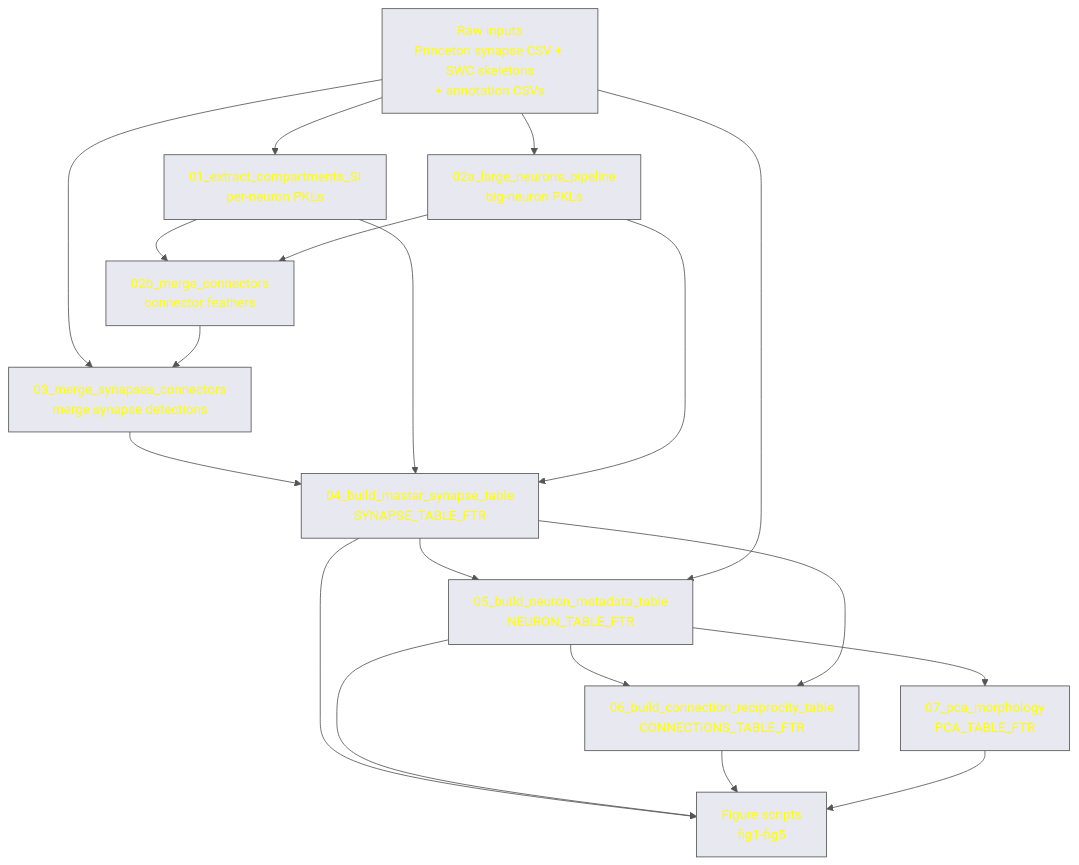
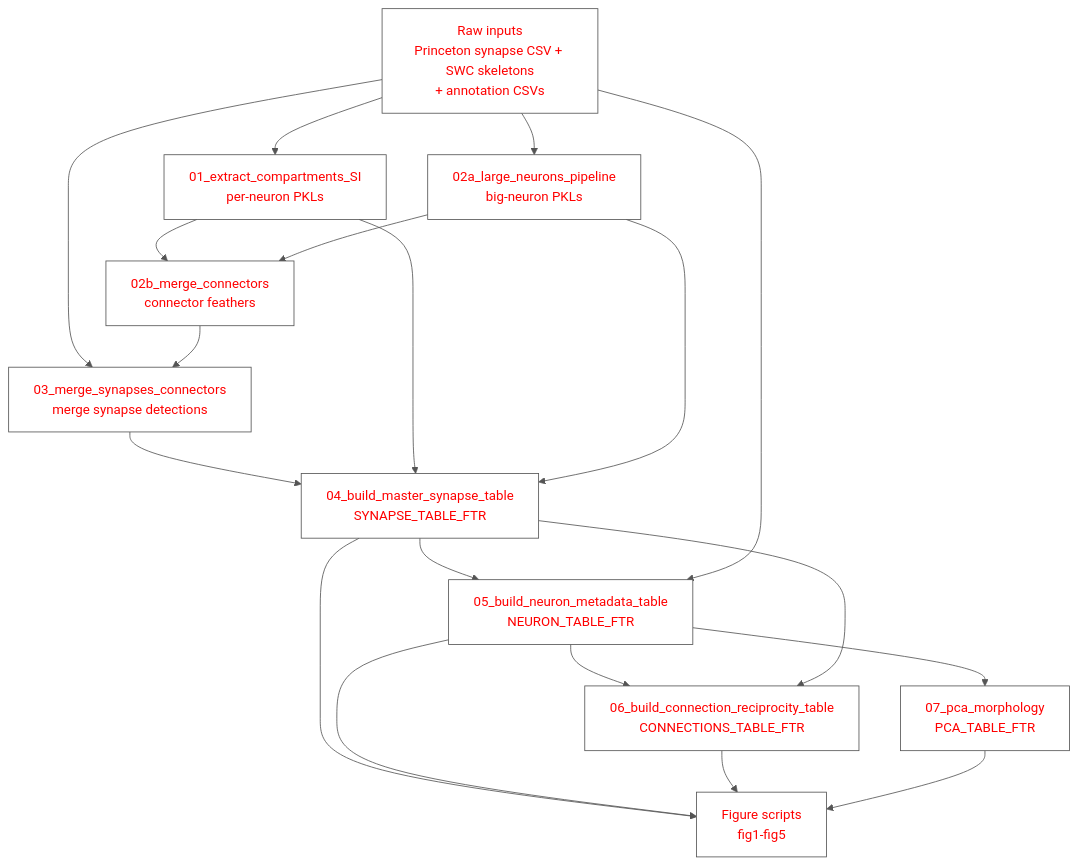
Before and after one commit to deutschlab/mixed-polarity-paper: the diagram in docs/pipeline_overview.md, drawn with Mermaid.

Commit message:
Mermaid diagram: white boxes, red text

````diff
--- a/docs/pipeline_overview.md
+++ b/docs/pipeline_overview.md
@@ -14,33 +14,33 @@
 ```mermaid
-%%{init: {'theme': 'base', 'themeVariables': {'primaryColor': '#e8e8f0', 'primaryTextColor': '#ffff00', 'primaryBorderColor': '#555555', 'lineColor': '#555555'}}}%%
+%%{init: {'theme': 'base', 'themeVariables': {'primaryColor': '#ffffff', 'primaryTextColor': '#ff0000', 'primaryBorderColor': '#555555', 'lineColor': '#555555'}}}%%
 flowchart TD
     RAW["Raw inputs\nPrinceton synapse CSV + SWC skeletons\n+ annotation CSVs"]
     S01["01_extract_compartments_SI\nper-neuron PKLs"]
     S02A["02a_large_neurons_pipeline\nbig-neuron PKLs"]
     S02B["02b_merge_connectors\nconnector feathers"]
     S03["03_merge_synapses_connectors\nmerge synapse detections"]
     S04["04_build_master_synapse_table\nSYNAPSE_TABLE_FTR"]
     S05["05_build_neuron_metadata_table\nNEURON_TABLE_FTR"]
     S06["06_build_connection_reciprocity_table\nCONNECTIONS_TABLE_FTR"]
     S07["07_pca_morphology\nPCA_TABLE_FTR"]
     FIGS["Figure scripts\nfig1-fig5"]
 
     RAW --> S01
     RAW --> S02A
     S01 --> S02B
     S02A --> S02B
     RAW --> S03
     S02B --> S03
     S03 --> S04
     S01 --> S04
     S02A --> S04
     S04 --> S05
     RAW --> S05
     S05 --> S06
     S04 --> S06
     S05 --> S07
     S04 --> FIGS
     S05 --> FIGS
     S06 --> FIGS
     S07 --> FIGS
 ```
````
